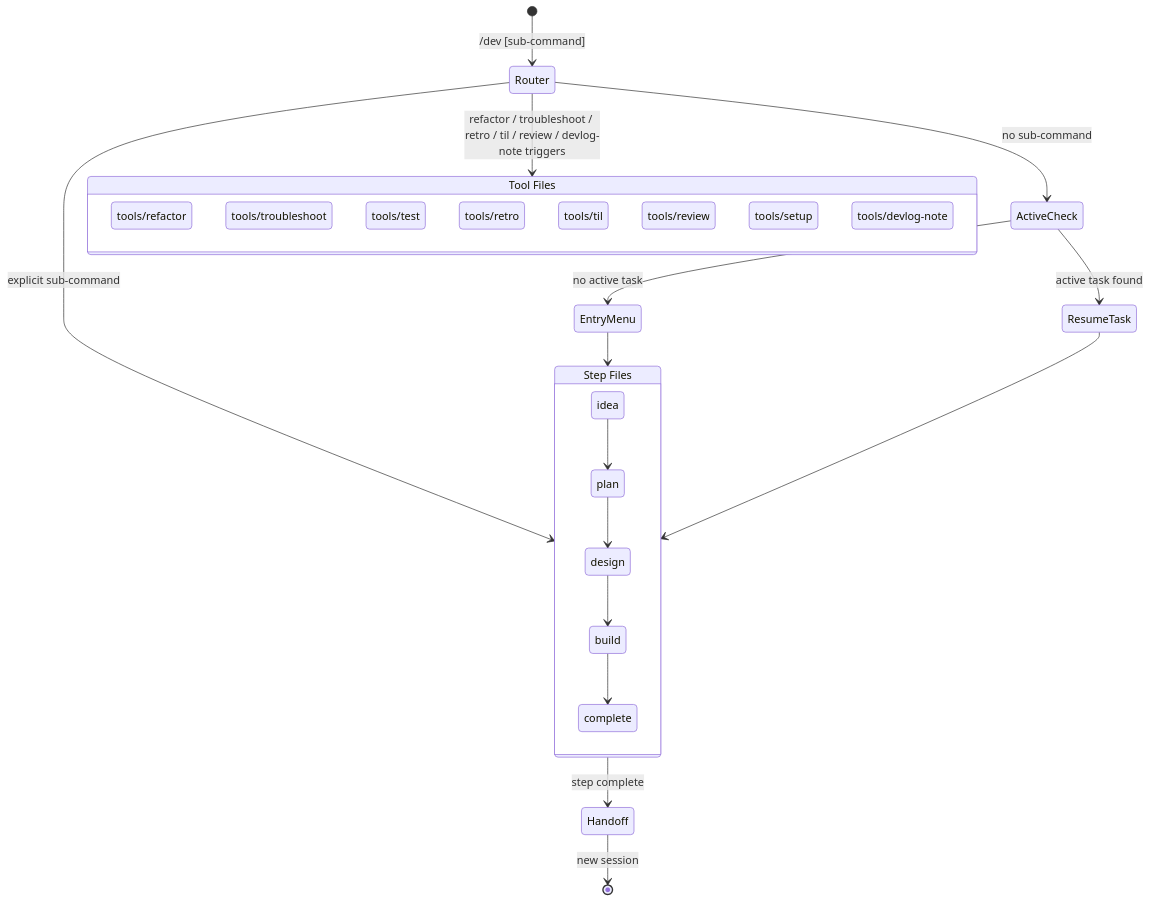
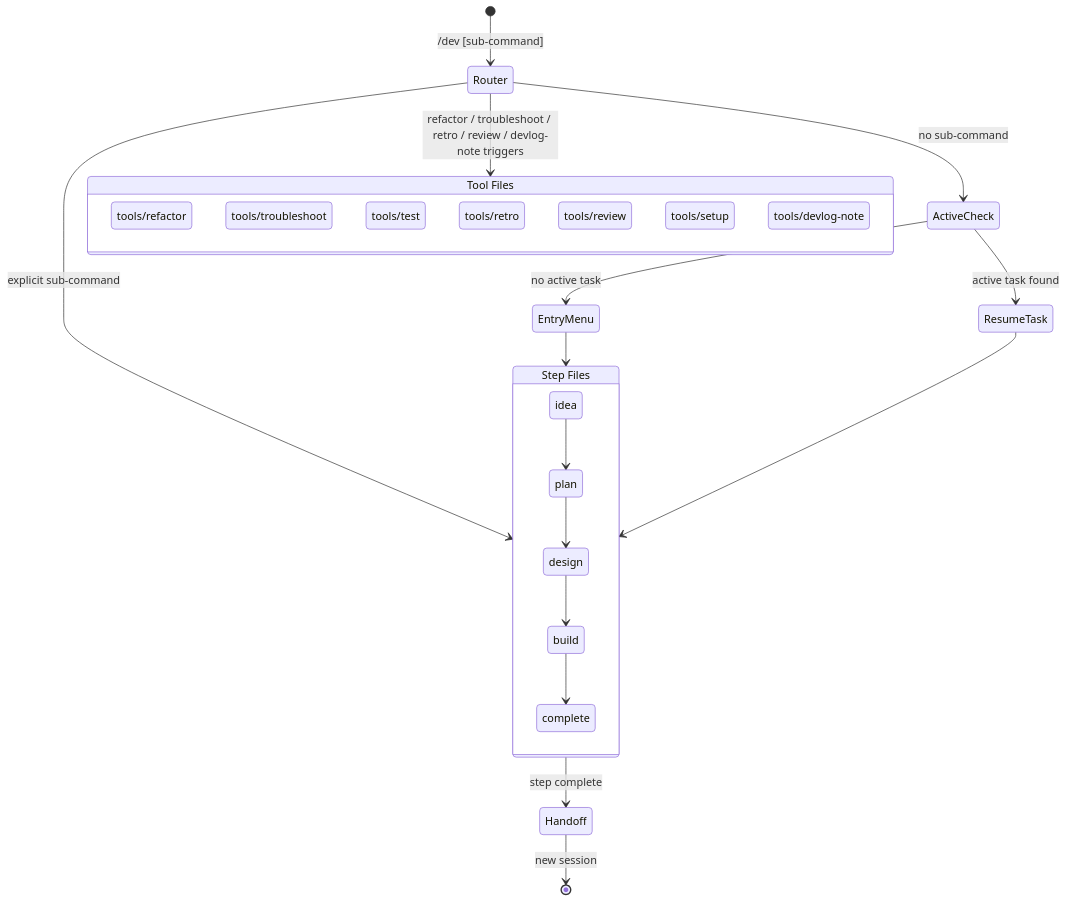
The diagram in skills/dev/SKILL.md (gloriaJun/grimoire), drawn with Mermaid before and after one commit. The commit also changed other lines of this file and 24 other files, not shown here.

````diff
--- a/skills/dev/SKILL.md
+++ b/skills/dev/SKILL.md
@@ -63,35 +63,34 @@
 ```mermaid
 stateDiagram-v2
     [*] --> Router: /dev [sub-command]
 
     Router --> ActiveCheck: no sub-command
-    Router --> DirectTool: refactor / troubleshoot / retro / til / review / devlog-note triggers
+    Router --> DirectTool: refactor / troubleshoot / retro / review / devlog-note triggers
     Router --> StepFile: explicit sub-command
 
     ActiveCheck --> ResumeTask: active task found
     ActiveCheck --> EntryMenu: no active task
     EntryMenu --> StepFile
 
     ResumeTask --> StepFile
 
     state "Step Files" as StepFile {
         idea --> plan
         plan --> design
         design --> build
         build --> complete
     }
 
     state "Tool Files" as DirectTool {
         refactor_tool: tools/refactor
         troubleshoot_tool: tools/troubleshoot
         test_tool: tools/test
         retro_tool: tools/retro
-        til_tool: tools/til
         review_tool: tools/review
         setup_tool: tools/setup
         devlog_note_tool: tools/devlog-note
     }
 
     StepFile --> Handoff: step complete
     Handoff --> [*]: new session
 ```
````
